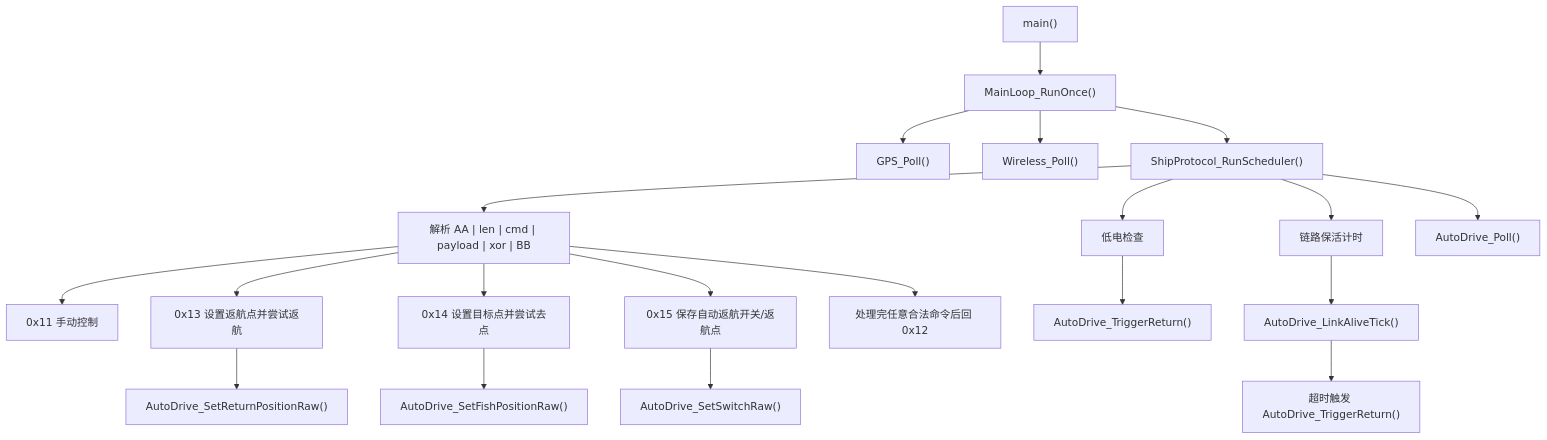
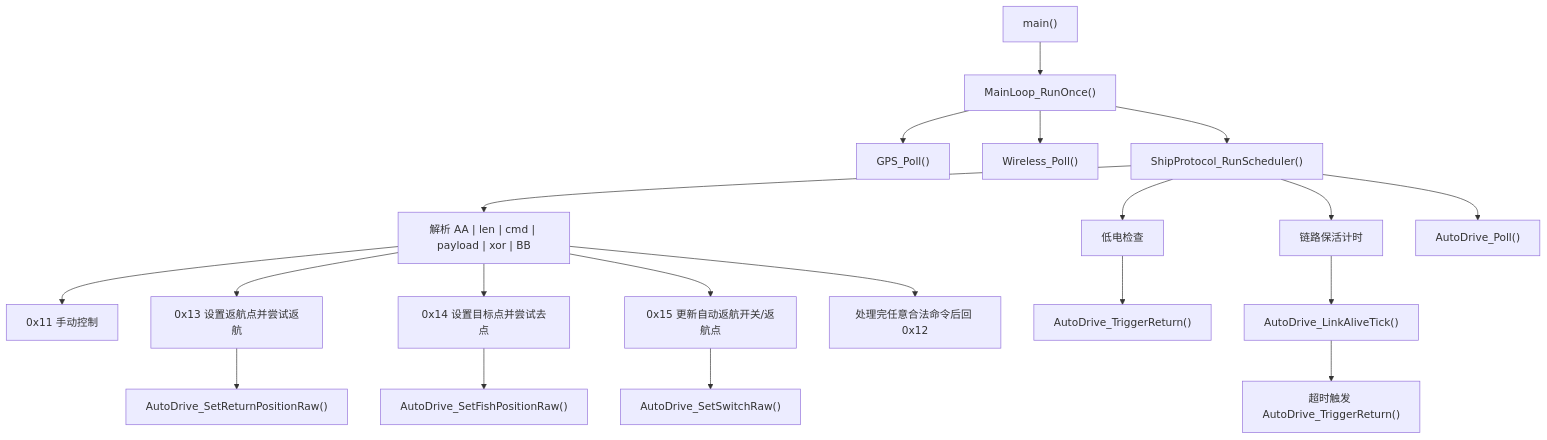
One commit to B0weny-qwq/Black_Pearl changed the diagram in doc/return_home_logic/README.md. Above: the diagram before and after it, drawn with Mermaid. The commit also changed other lines of this file and 8 other files, not shown here.

````diff
--- a/doc/return_home_logic/README.md
+++ b/doc/return_home_logic/README.md
@@ -29,27 +29,27 @@
 ```mermaid
 flowchart TD
     A["main()"] --> B["MainLoop_RunOnce()"]
     B --> C["GPS_Poll()"]
     B --> D["Wireless_Poll()"]
     B --> E["ShipProtocol_RunScheduler()"]
 
     E --> F["解析 AA | len | cmd | payload | xor | BB"]
     F --> G["0x11 手动控制"]
     F --> H["0x13 设置返航点并尝试返航"]
     F --> I["0x14 设置目标点并尝试去点"]
-    F --> J["0x15 保存自动返航开关/返航点"]
+    F --> J["0x15 更新自动返航开关/返航点"]
 
     H --> H1["AutoDrive_SetReturnPositionRaw()"]
     I --> I1["AutoDrive_SetFishPositionRaw()"]
     J --> J1["AutoDrive_SetSwitchRaw()"]
 
     E --> K["低电检查"]
     K --> K1["AutoDrive_TriggerReturn()"]
 
     E --> L["链路保活计时"]
     L --> L1["AutoDrive_LinkAliveTick()"]
     L1 --> L2["超时触发 AutoDrive_TriggerReturn()"]
 
     E --> M["AutoDrive_Poll()"]
     F --> N["处理完任意合法命令后回 0x12"]
 ```
````
